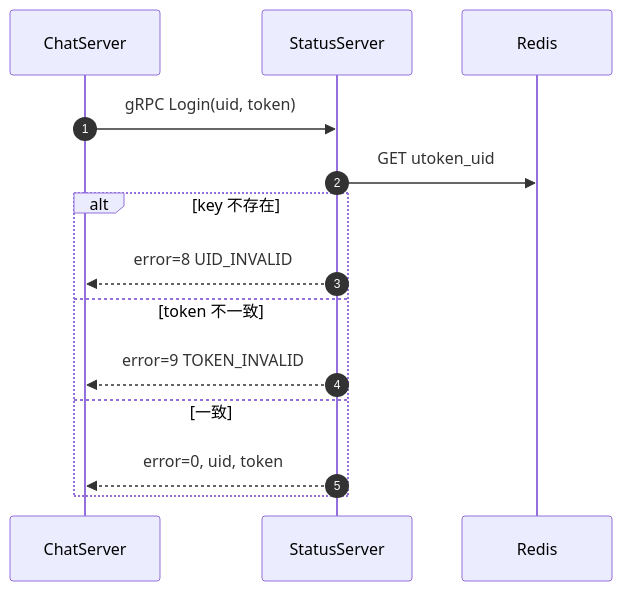
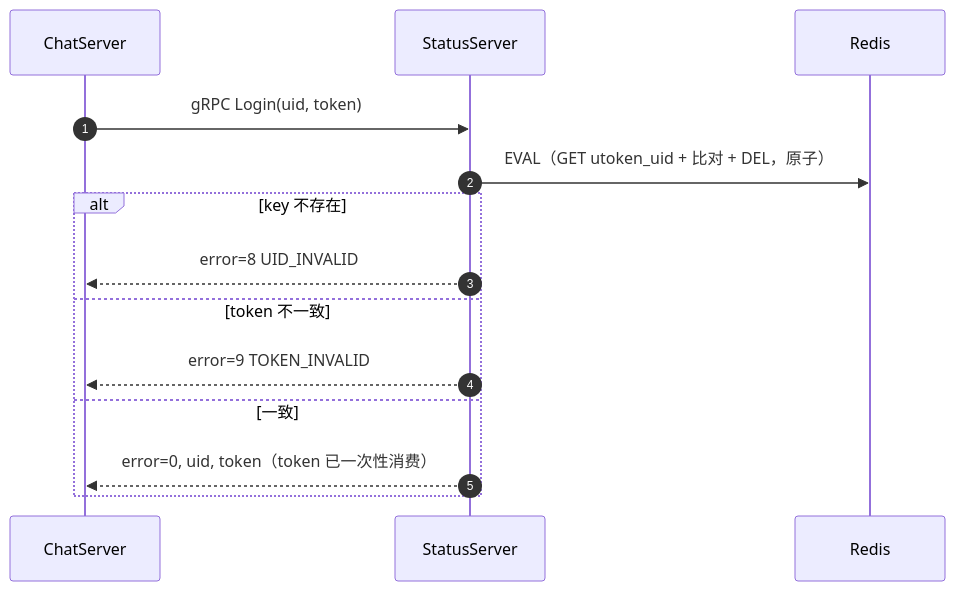
One commit to codeT2001/MyChat changed the second of 2 diagrams in Servers/StatusServer/README.md. Above: the diagram before and after it, drawn with Mermaid. The commit also changed other lines of this file and 28 other files, not shown here.

````diff
--- a/Servers/StatusServer/README.md
+++ b/Servers/StatusServer/README.md
@@ -43,17 +43,17 @@
 ```mermaid
 sequenceDiagram
     autonumber
     participant CS as ChatServer
     participant S as StatusServer
     participant R as Redis
 
     CS->>S: gRPC Login(uid, token)
-    S->>R: GET utoken_uid
+    S->>R: EVAL（GET utoken_uid + 比对 + DEL，原子）
     alt key 不存在
         S-->>CS: error=8 UID_INVALID
     else token 不一致
         S-->>CS: error=9 TOKEN_INVALID
     else 一致
-        S-->>CS: error=0, uid, token
+        S-->>CS: error=0, uid, token（token 已一次性消费）
     end
 ```
````
